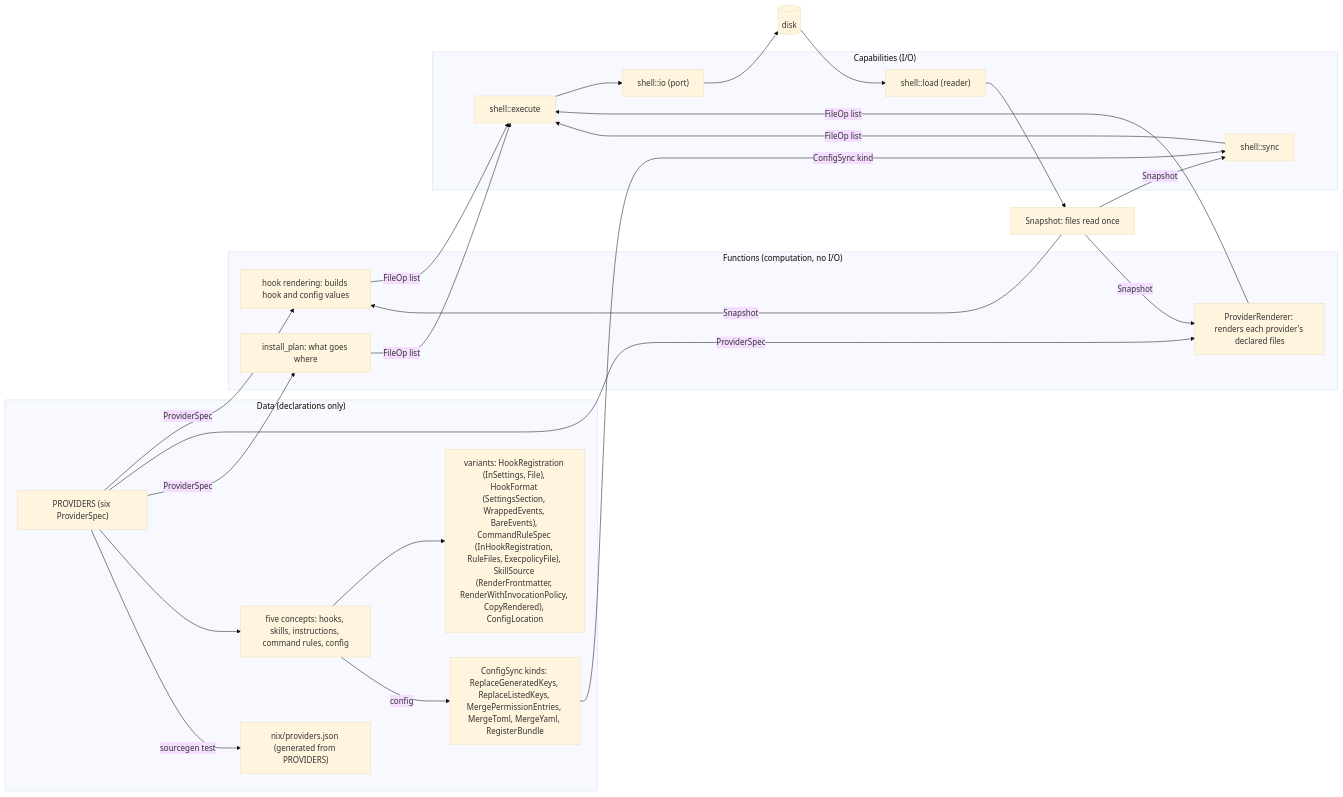
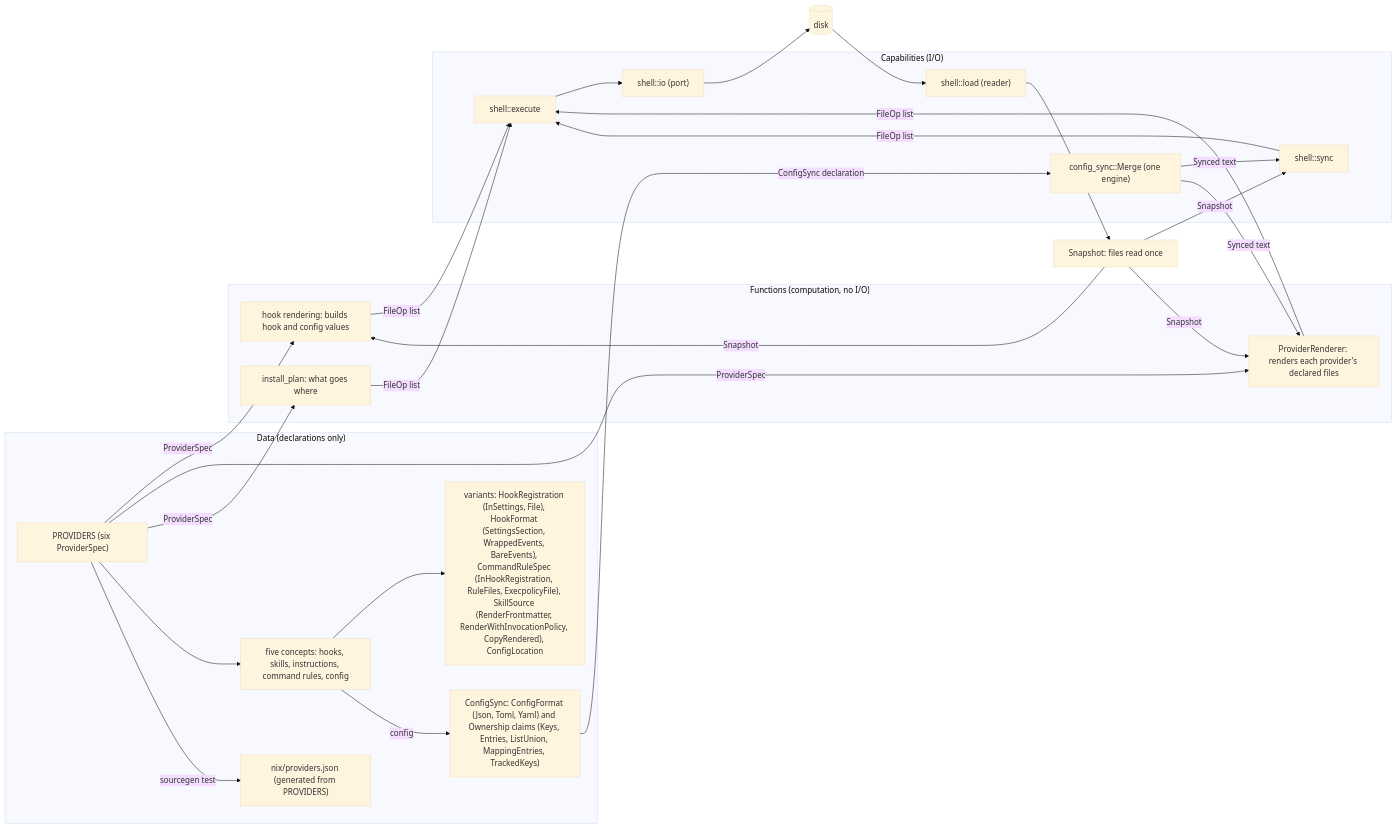
The first of 2 diagrams in docs/DESIGN.md (furedea/agent-harness), drawn with Mermaid (base theme) before and after one commit. The commit also changed other lines of this file and 38 other files, not shown here.

````diff
--- a/docs/DESIGN.md
+++ b/docs/DESIGN.md
@@ -93,42 +96,45 @@
 ```mermaid
 flowchart LR
   subgraph D["Data (declarations only)"]
     SPEC["PROVIDERS (six ProviderSpec)"]
     CONCEPTS["five concepts: hooks, skills, instructions, command rules, config"]
     VARIANTS["variants: HookRegistration (InSettings, File), HookFormat (SettingsSection, WrappedEvents, BareEvents), CommandRuleSpec (InHookRegistration, RuleFiles, ExecpolicyFile), SkillSource (RenderFrontmatter, RenderWithInvocationPolicy, CopyRendered), ConfigLocation"]
     JSON["nix/providers.json (generated from PROVIDERS)"]
-    KINDS["ConfigSync kinds: ReplaceGeneratedKeys, ReplaceListedKeys, MergePermissionEntries, MergeToml, MergeYaml, RegisterBundle"]
+    KINDS["ConfigSync: ConfigFormat (Json, Toml, Yaml) and Ownership claims (Keys, Entries, ListUnion, MappingEntries, TrackedKeys)"]
   end
   subgraph F["Functions (computation, no I/O)"]
     RENDER["hook rendering: builds hook and config values"]
     RENDERER["ProviderRenderer: renders each provider's declared files"]
     PLAN["install_plan: what goes where"]
   end
   subgraph C["Capabilities (I/O)"]
     EXEC["shell::execute"]
     FS["shell::io (port)"]
     LOAD["shell::load (reader)"]
     SYNC["shell::sync"]
+    ENGINE["config_sync::Merge (one engine)"]
   end
   SNAP["Snapshot: files read once"]
   DISK[("disk")]
   SPEC -- "ProviderSpec" --> RENDER
   SPEC -- "ProviderSpec" --> RENDERER
   SPEC -- "ProviderSpec" --> PLAN
   SPEC --> CONCEPTS
   CONCEPTS --> VARIANTS
   CONCEPTS -- "config" --> KINDS
   SPEC -- "sourcegen test" --> JSON
-  KINDS -- "ConfigSync kind" --> SYNC
+  KINDS -- "ConfigSync declaration" --> ENGINE
+  ENGINE -- "Synced text" --> SYNC
+  ENGINE -- "Synced text" --> RENDERER
   RENDER -- "FileOp list" --> EXEC
   RENDERER -- "FileOp list" --> EXEC
   PLAN -- "FileOp list" --> EXEC
   SYNC -- "FileOp list" --> EXEC
   EXEC --> FS
   FS --> DISK
   DISK --> LOAD
   LOAD --> SNAP
   SNAP -- "Snapshot" --> RENDER
   SNAP -- "Snapshot" --> RENDERER
   SNAP -- "Snapshot" --> SYNC
 ```
````
